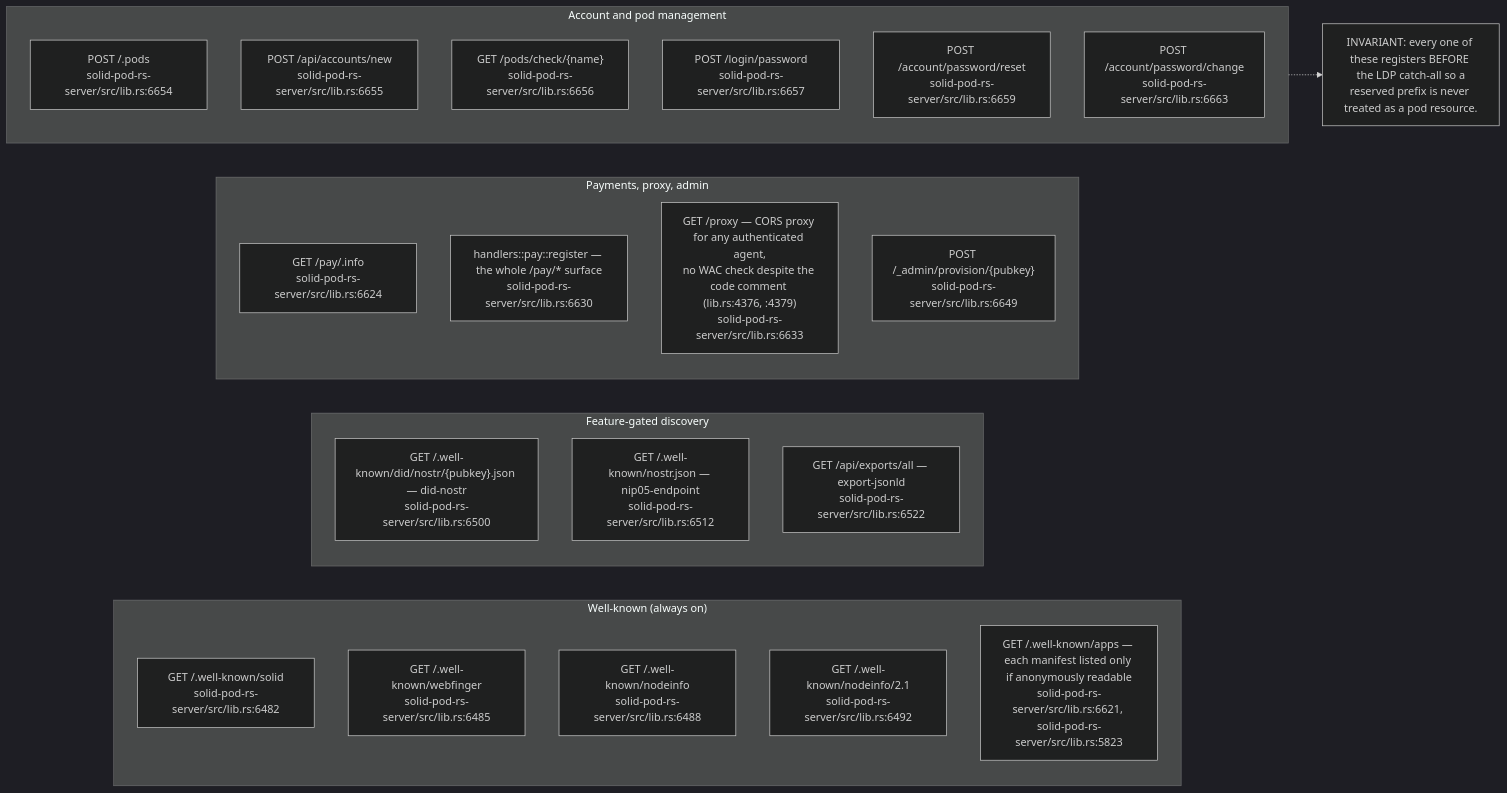
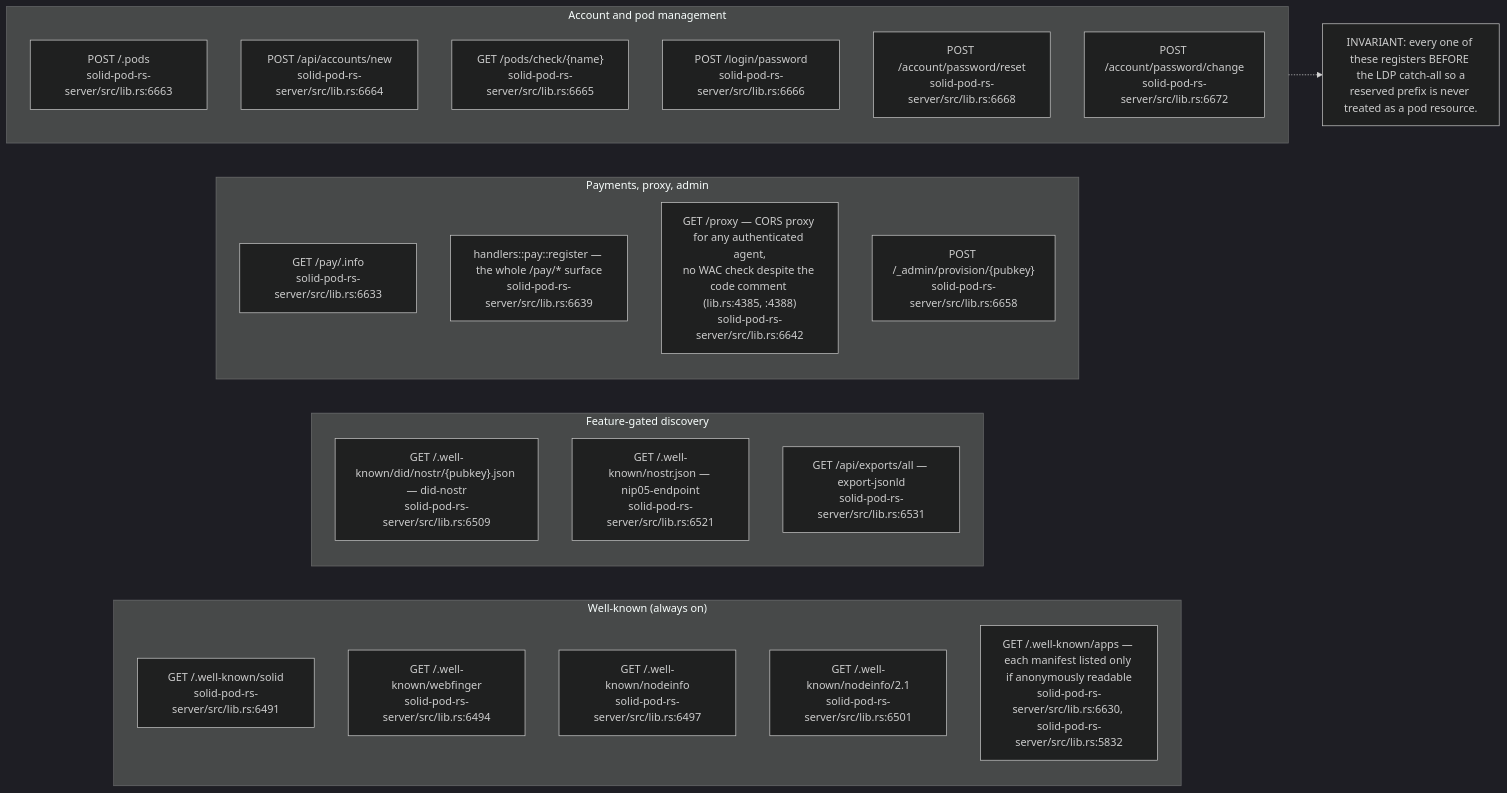
The eighth of 13 diagrams in docs/diagrams/solid-pod-rs/02-server-boot-and-routes.md (DreamLab-AI/VisionFlow), drawn with Mermaid (dark theme) before and after one commit. The commit also changed other lines of this file and 18 other files, not shown here.

First line of the commit message:
docs(diagrams): freeze panels for fixed defects and add successors at the fix revisions

````diff
--- a/docs/diagrams/solid-pod-rs/02-server-boot-and-routes.md
+++ b/docs/diagrams/solid-pod-rs/02-server-boot-and-routes.md
@@ -276,32 +276,32 @@
 ```mermaid
 flowchart LR
     subgraph WK["Well-known (always on)"]
-        A1["GET /.well-known/solid<br/>solid-pod-rs-server/src/lib.rs:6482"]
-        A2["GET /.well-known/webfinger<br/>solid-pod-rs-server/src/lib.rs:6485"]
-        A3["GET /.well-known/nodeinfo<br/>solid-pod-rs-server/src/lib.rs:6488"]
-        A4["GET /.well-known/nodeinfo/2.1<br/>solid-pod-rs-server/src/lib.rs:6492"]
-        A5["GET /.well-known/apps — each manifest listed only if anonymously readable<br/>solid-pod-rs-server/src/lib.rs:6621, solid-pod-rs-server/src/lib.rs:5823"]
+        A1["GET /.well-known/solid<br/>solid-pod-rs-server/src/lib.rs:6491"]
+        A2["GET /.well-known/webfinger<br/>solid-pod-rs-server/src/lib.rs:6494"]
+        A3["GET /.well-known/nodeinfo<br/>solid-pod-rs-server/src/lib.rs:6497"]
+        A4["GET /.well-known/nodeinfo/2.1<br/>solid-pod-rs-server/src/lib.rs:6501"]
+        A5["GET /.well-known/apps — each manifest listed only if anonymously readable<br/>solid-pod-rs-server/src/lib.rs:6630, solid-pod-rs-server/src/lib.rs:5832"]
     end
     subgraph GATED["Feature-gated discovery"]
-        B1["GET /.well-known/did/nostr/{pubkey}.json — did-nostr<br/>solid-pod-rs-server/src/lib.rs:6500"]
-        B2["GET /.well-known/nostr.json — nip05-endpoint<br/>solid-pod-rs-server/src/lib.rs:6512"]
-        B3["GET /api/exports/all — export-jsonld<br/>solid-pod-rs-server/src/lib.rs:6522"]
+        B1["GET /.well-known/did/nostr/{pubkey}.json — did-nostr<br/>solid-pod-rs-server/src/lib.rs:6509"]
+        B2["GET /.well-known/nostr.json — nip05-endpoint<br/>solid-pod-rs-server/src/lib.rs:6521"]
+        B3["GET /api/exports/all — export-jsonld<br/>solid-pod-rs-server/src/lib.rs:6531"]
     end
     subgraph PAYADMIN["Payments, proxy, admin"]
-        C1["GET /pay/.info<br/>solid-pod-rs-server/src/lib.rs:6624"]
-        C2["handlers::pay::register — the whole /pay/* surface<br/>solid-pod-rs-server/src/lib.rs:6630"]
-        C3["GET /proxy — CORS proxy for any authenticated agent,<br/>no WAC check despite the code comment (lib.rs:4376, :4379)<br/>solid-pod-rs-server/src/lib.rs:6633"]
-        C4["POST /_admin/provision/{pubkey}<br/>solid-pod-rs-server/src/lib.rs:6649"]
+        C1["GET /pay/.info<br/>solid-pod-rs-server/src/lib.rs:6633"]
+        C2["handlers::pay::register — the whole /pay/* surface<br/>solid-pod-rs-server/src/lib.rs:6639"]
+        C3["GET /proxy — CORS proxy for any authenticated agent,<br/>no WAC check despite the code comment (lib.rs:4385, :4388)<br/>solid-pod-rs-server/src/lib.rs:6642"]
+        C4["POST /_admin/provision/{pubkey}<br/>solid-pod-rs-server/src/lib.rs:6658"]
     end
     subgraph ACCT["Account and pod management"]
-        D1["POST /.pods<br/>solid-pod-rs-server/src/lib.rs:6654"]
-        D2["POST /api/accounts/new<br/>solid-pod-rs-server/src/lib.rs:6655"]
-        D3["GET /pods/check/{name}<br/>solid-pod-rs-server/src/lib.rs:6656"]
-        D4["POST /login/password<br/>solid-pod-rs-server/src/lib.rs:6657"]
-        D5["POST /account/password/reset<br/>solid-pod-rs-server/src/lib.rs:6659"]
-        D6["POST /account/password/change<br/>solid-pod-rs-server/src/lib.rs:6663"]
+        D1["POST /.pods<br/>solid-pod-rs-server/src/lib.rs:6663"]
+        D2["POST /api/accounts/new<br/>solid-pod-rs-server/src/lib.rs:6664"]
+        D3["GET /pods/check/{name}<br/>solid-pod-rs-server/src/lib.rs:6665"]
+        D4["POST /login/password<br/>solid-pod-rs-server/src/lib.rs:6666"]
+        D5["POST /account/password/reset<br/>solid-pod-rs-server/src/lib.rs:6668"]
+        D6["POST /account/password/change<br/>solid-pod-rs-server/src/lib.rs:6672"]
     end
 
     N["INVARIANT: every one of these registers BEFORE the LDP catch-all so a\nreserved prefix is never treated as a pod resource."]
     ACCT -.-> N
 ```
````
